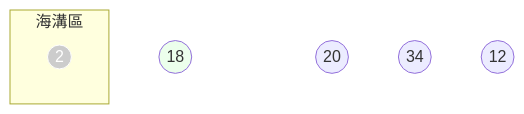
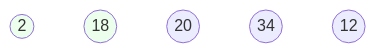
Before and after one commit to ianchen0419/cpp-leetcode: the third of 20 diagrams in Bubble Sorting.md, drawn with Mermaid. The commit also changed other lines of this file, not shown here.

````diff
--- a/Bubble Sorting.md
+++ b/Bubble Sorting.md
@@ -48,19 +38,14 @@
 ```mermaid
 flowchart
-
-    subgraph 海溝區
-        f((2)):::disabled
-    end
-    
+    b((2)):::green
     a((18)):::green
-    b((2)):::clear
     c((20))
     d((34))
     e((12))
     
     classDef clear opacity:0
     
     classDef orange fill:#f96,stroke:#f66
     classDef green fill:#ecffec
     classDef disabled fill:#ccc,stroke:#fff,color:#fff
 ```
````
